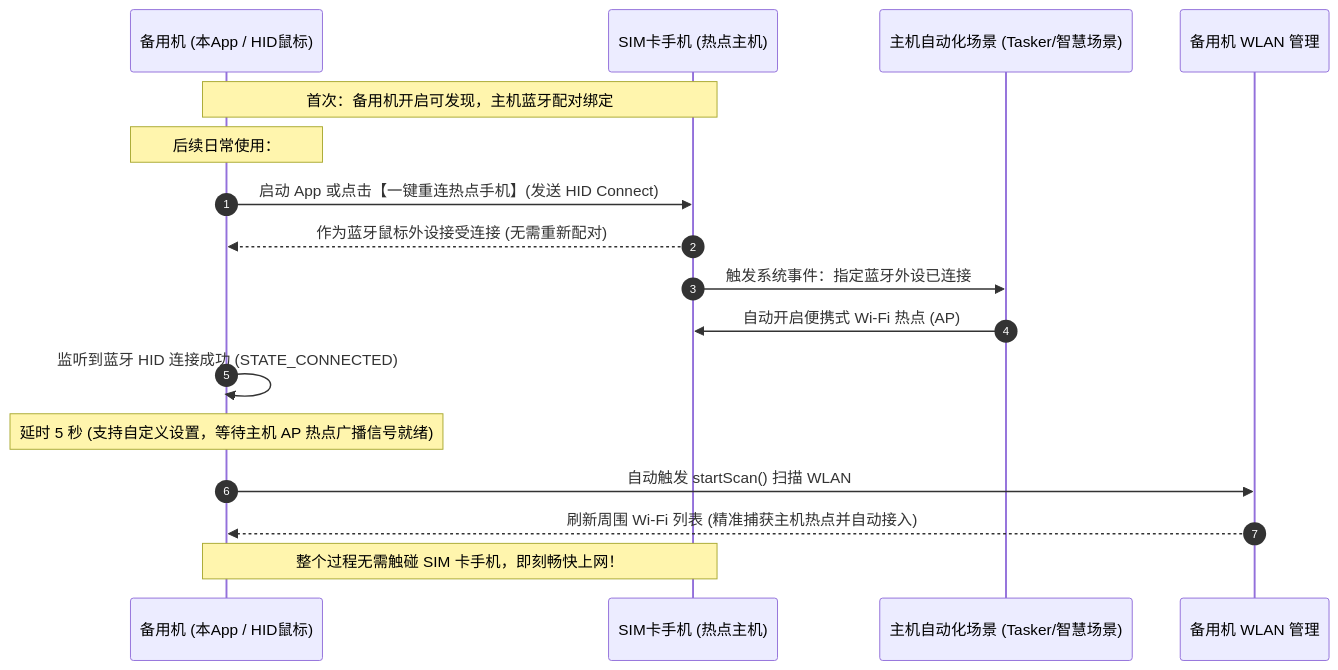
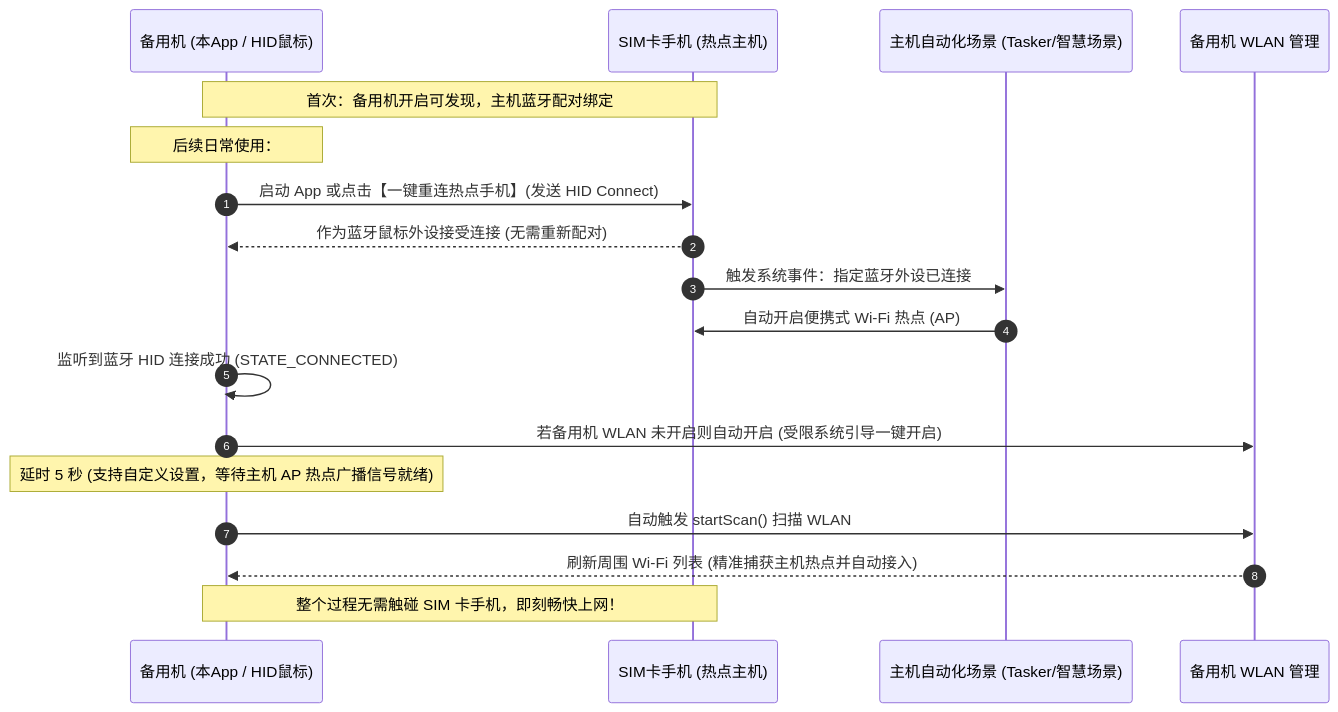
One commit to jimifm/BlueWiFi changed the diagram in README.md. Above: the diagram before and after it, drawn with Mermaid. The commit also changed other lines of this file and 3 other files, not shown here.

First line of the commit message:
feat: 目标蓝牙连接成功后若 WLAN 未开启则自动开启

````diff
--- a/README.md
+++ b/README.md
@@ -15,20 +15,21 @@
 ```mermaid
 sequenceDiagram
     autonumber
     participant Slave as 备用机 (本App / HID鼠标)
     participant Master as SIM卡手机 (热点主机)
     participant Scene as 主机自动化场景 (Tasker/智慧场景)
     participant Wifi as 备用机 WLAN 管理
 
     Note over Slave, Master: 首次：备用机开启可发现，主机蓝牙配对绑定
     Note over Slave: 后续日常使用：
     Slave->>Master: 启动 App 或点击【一键重连热点手机】(发送 HID Connect)
     Master-->>Slave: 作为蓝牙鼠标外设接受连接 (无需重新配对)
     Master->>Scene: 触发系统事件：指定蓝牙外设已连接
     Scene->>Master: 自动开启便携式 Wi-Fi 热点 (AP)
     Slave->>Slave: 监听到蓝牙 HID 连接成功 (STATE_CONNECTED)
+    Slave->>Wifi: 若备用机 WLAN 未开启则自动开启 (受限系统引导一键开启)
     Note over Slave: 延时 5 秒 (支持自定义设置，等待主机 AP 热点广播信号就绪)
     Slave->>Wifi: 自动触发 startScan() 扫描 WLAN
     Wifi-->>Slave: 刷新周围 Wi-Fi 列表 (精准捕获主机热点并自动接入)
     Note over Slave, Master: 整个过程无需触碰 SIM 卡手机，即刻畅快上网！
 ```
````
